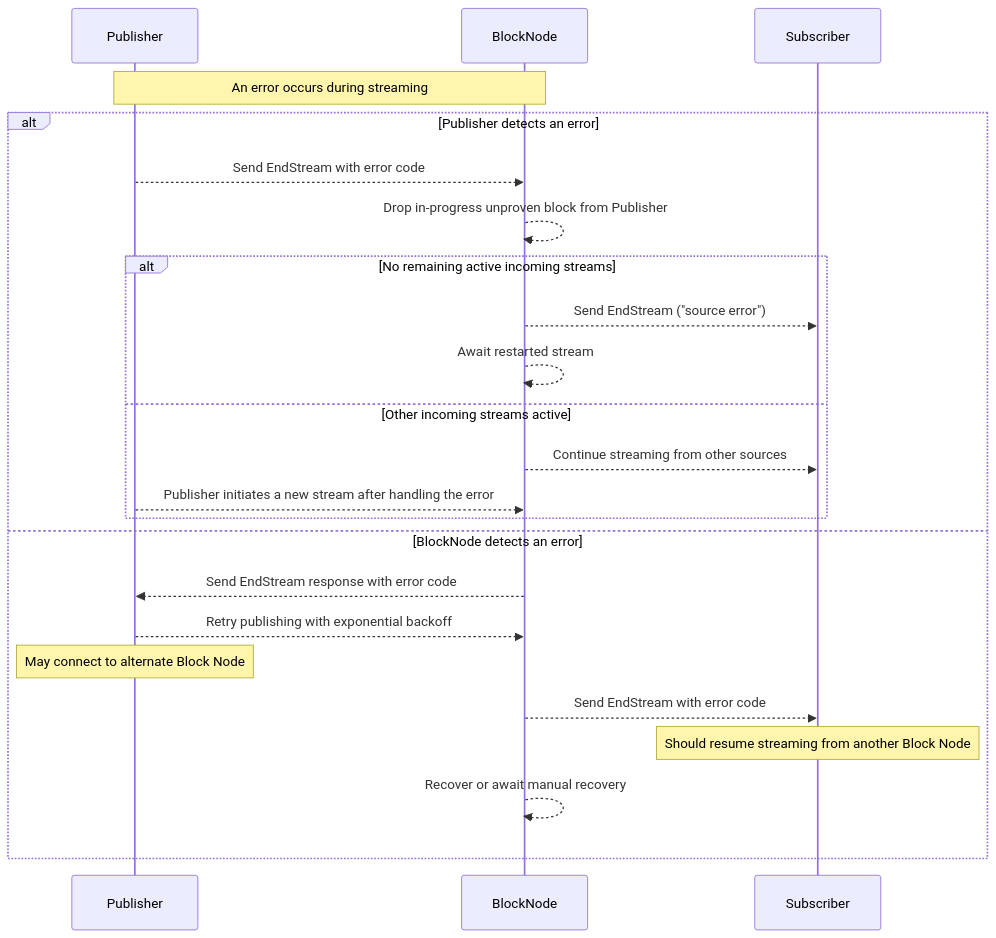
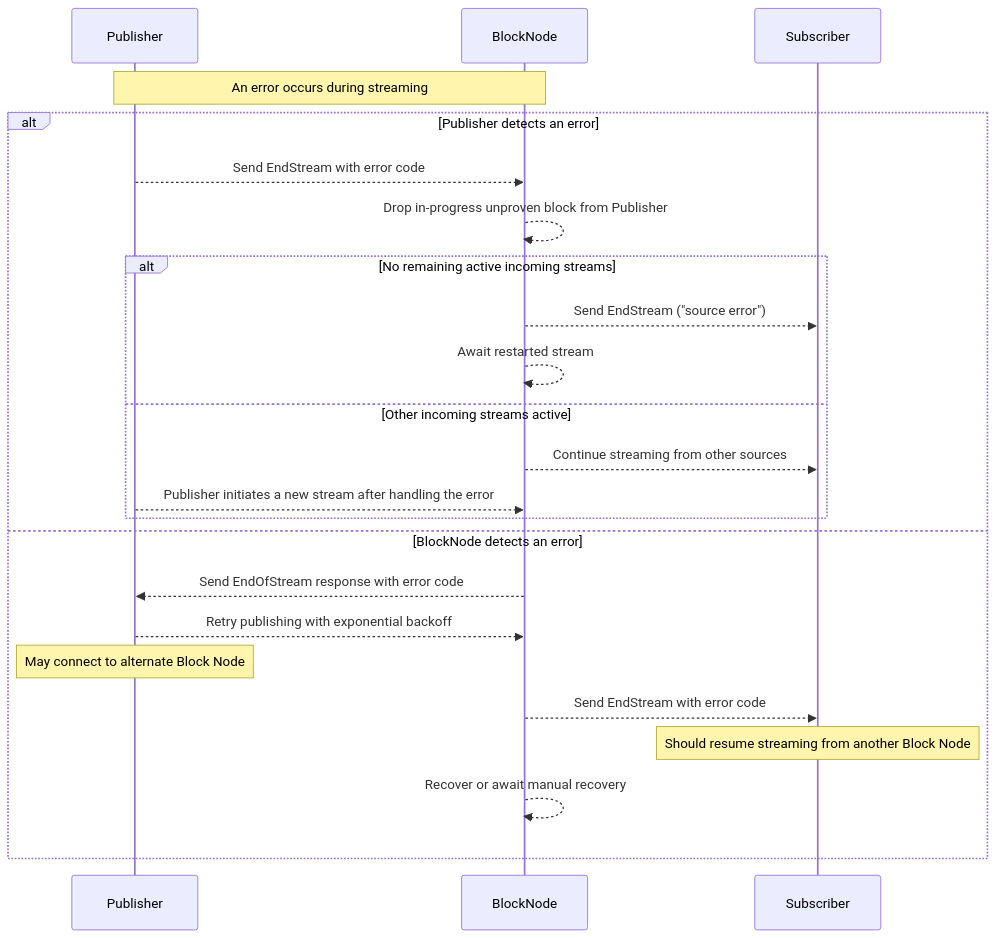
The third of 3 diagrams in docs/design/communication-protocol/publish-block-stream.md (hiero-ledger/hiero-block-node), drawn with Mermaid before and after one commit. The commit also changed other lines of this file and 1 other file, not shown here.

Commit message:
docs: Update the publisher protocol document to include the multi-publisher extension * Added multiple publisher extension sections to the publisher protocol document * Added SVG diagram for context

````diff
--- a/docs/design/communication-protocol/publish-block-stream.md
+++ b/docs/design/communication-protocol/publish-block-stream.md
@@ -185,27 +252,27 @@
 ```mermaid
 sequenceDiagram
     participant Publisher
     participant BlockNode
     participant Subscriber
 
     Note over Publisher,BlockNode: An error occurs during streaming
 
     alt Publisher detects an error
         Publisher-->>BlockNode: Send EndStream with error code
         BlockNode-->>BlockNode: Drop in-progress unproven block from Publisher
         alt No remaining active incoming streams
             BlockNode-->>Subscriber: Send EndStream ("source error")
             BlockNode-->>BlockNode: Await restarted stream
         else Other incoming streams active
             BlockNode-->>Subscriber: Continue streaming from other sources
             Publisher-->>BlockNode: Publisher initiates a new stream after handling the error
         end
     else BlockNode detects an error
-        BlockNode-->>Publisher: Send EndStream response with error code
+        BlockNode-->>Publisher: Send EndOfStream response with error code
         Publisher-->>BlockNode: Retry publishing with exponential backoff
         Note over Publisher: May connect to alternate Block Node
         BlockNode-->>Subscriber: Send EndStream with error code
         Note over Subscriber: Should resume streaming from another Block Node
         BlockNode-->>BlockNode: Recover or await manual recovery
     end
 ```
````
